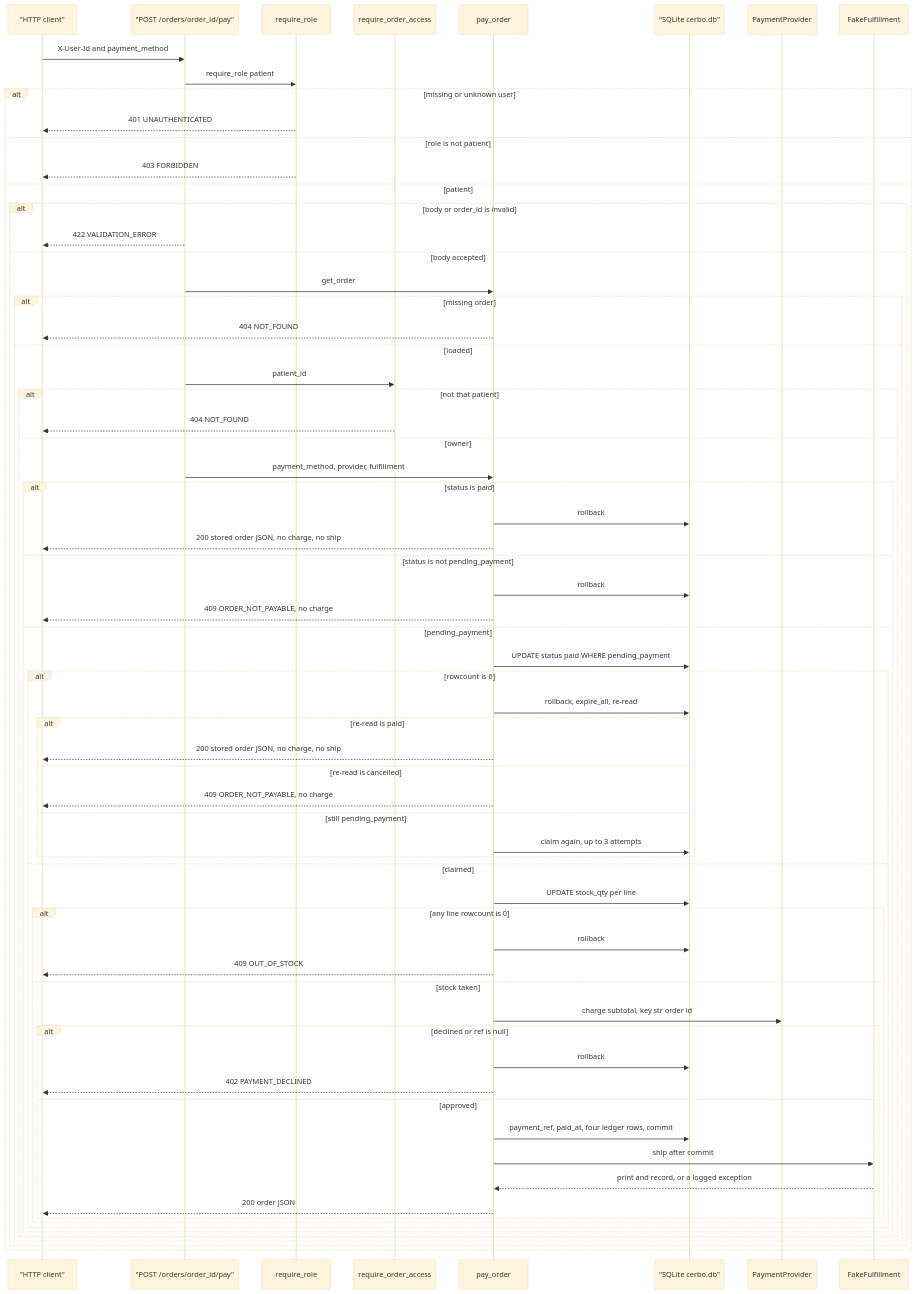
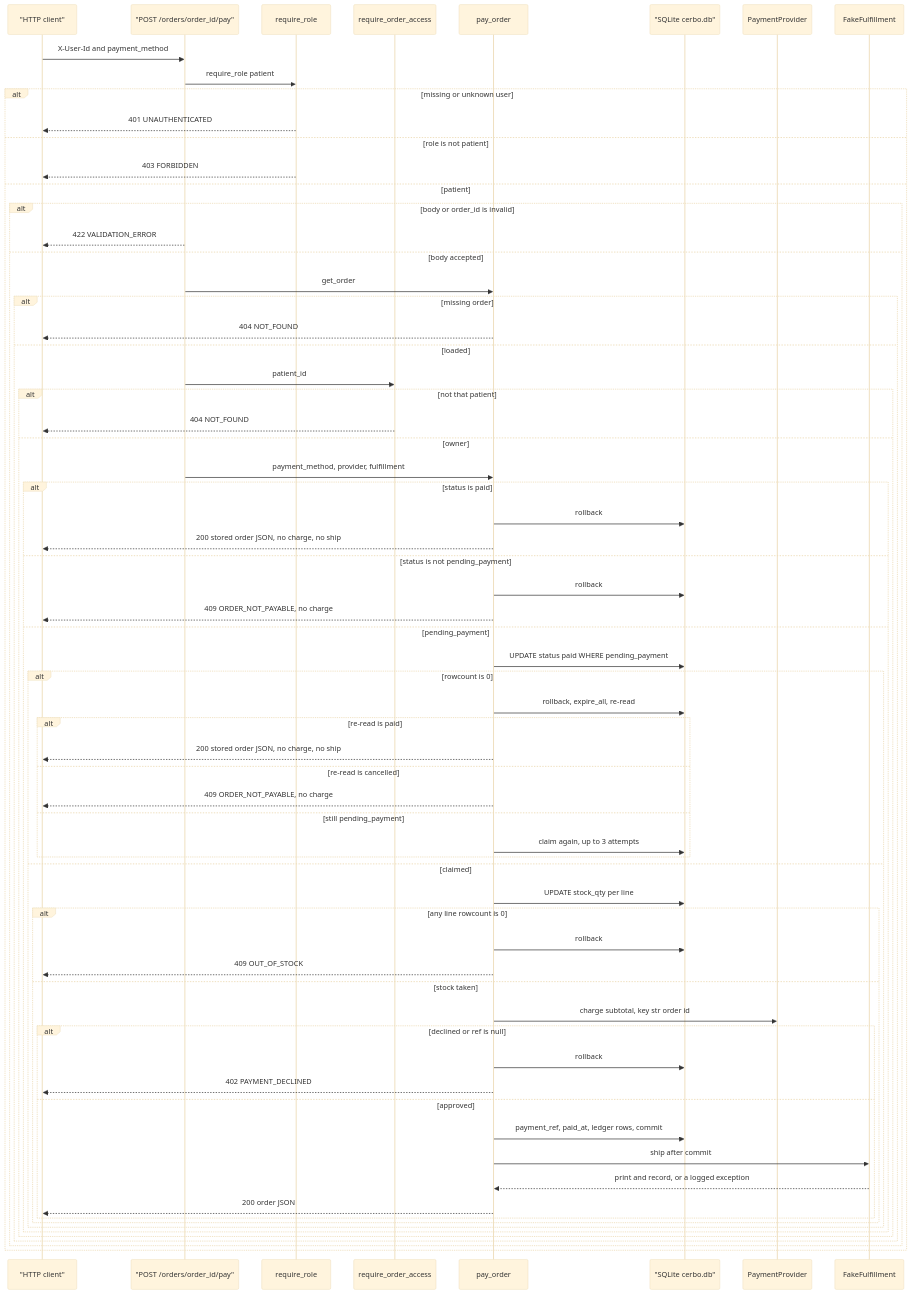
Before and after one commit to drtclem/cerbo_wk1: the diagram in docs/diagrams/flows/pay.md, drawn with Mermaid (base theme). The commit also changed other lines of this file and 46 other files, not shown here.

````diff
--- a/docs/diagrams/flows/pay.md
+++ b/docs/diagrams/flows/pay.md
@@ -11,71 +11,71 @@
 ```mermaid
 sequenceDiagram
   participant Client as "HTTP client"
   participant Route as "POST /orders/order_id/pay"
   participant Auth as require_role
   participant Access as require_order_access
   participant Pay as pay_order
   participant Db as "SQLite cerbo.db"
   participant Charge as PaymentProvider
   participant Ship as FakeFulfillment
 
   Client->>Route: X-User-Id and payment_method
   Route->>Auth: require_role patient
   alt missing or unknown user
     Auth-->>Client: 401 UNAUTHENTICATED
   else role is not patient
     Auth-->>Client: 403 FORBIDDEN
   else patient
     alt body or order_id is invalid
       Route-->>Client: 422 VALIDATION_ERROR
     else body accepted
       Route->>Pay: get_order
       alt missing order
         Pay-->>Client: 404 NOT_FOUND
       else loaded
         Route->>Access: patient_id
         alt not that patient
           Access-->>Client: 404 NOT_FOUND
         else owner
           Route->>Pay: payment_method, provider, fulfillment
           alt status is paid
             Pay->>Db: rollback
             Pay-->>Client: 200 stored order JSON, no charge, no ship
           else status is not pending_payment
             Pay->>Db: rollback
             Pay-->>Client: 409 ORDER_NOT_PAYABLE, no charge
           else pending_payment
             Pay->>Db: UPDATE status paid WHERE pending_payment
             alt rowcount is 0
               Pay->>Db: rollback, expire_all, re-read
               alt re-read is paid
                 Pay-->>Client: 200 stored order JSON, no charge, no ship
               else re-read is cancelled
                 Pay-->>Client: 409 ORDER_NOT_PAYABLE, no charge
               else still pending_payment
                 Pay->>Db: claim again, up to 3 attempts
               end
             else claimed
               Pay->>Db: UPDATE stock_qty per line
               alt any line rowcount is 0
                 Pay->>Db: rollback
                 Pay-->>Client: 409 OUT_OF_STOCK
               else stock taken
                 Pay->>Charge: charge subtotal, key str order id
                 alt declined or ref is null
                   Pay->>Db: rollback
                   Pay-->>Client: 402 PAYMENT_DECLINED
                 else approved
-                  Pay->>Db: payment_ref, paid_at, four ledger rows, commit
+                  Pay->>Db: payment_ref, paid_at, ledger rows, commit
                   Pay->>Ship: ship after commit
                   Ship-->>Pay: print and record, or a logged exception
                   Pay-->>Client: 200 order JSON
                 end
               end
             end
           end
         end
       end
     end
   end
 ```
````
